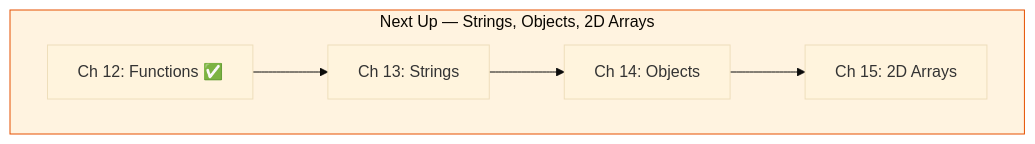
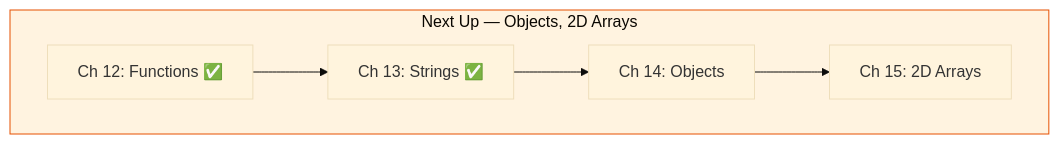
Diagram 44 of 46 in README.md (Mub29/LearnPlaywrightBatch2x), drawn with Mermaid (base theme) before and after one commit. The commit also changed other lines of this file and 7 other files, not shown here.

````diff
--- a/README.md
+++ b/README.md
@@ -2934,10 +3065,10 @@
 ```mermaid
 graph TD
-    subgraph next["Next Up — Strings, Objects, 2D Arrays"]
-        N1[Ch 12: Functions ✅] --> N2[Ch 13: Strings]
+    subgraph next["Next Up — Objects, 2D Arrays"]
+        N1[Ch 12: Functions ✅] --> N2[Ch 13: Strings ✅]
         N2 --> N3[Ch 14: Objects]
         N3 --> N4[Ch 15: 2D Arrays]
     end
 
     style next fill:#fff3e0,stroke:#e65100
 ```
````
